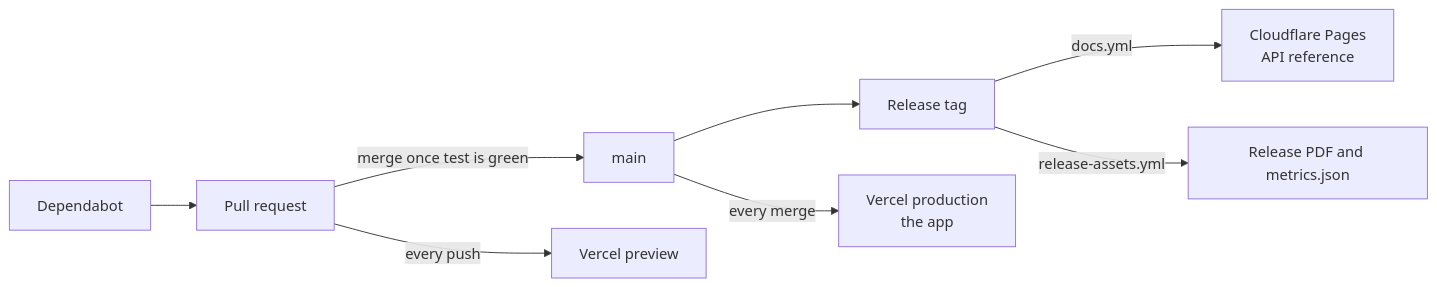
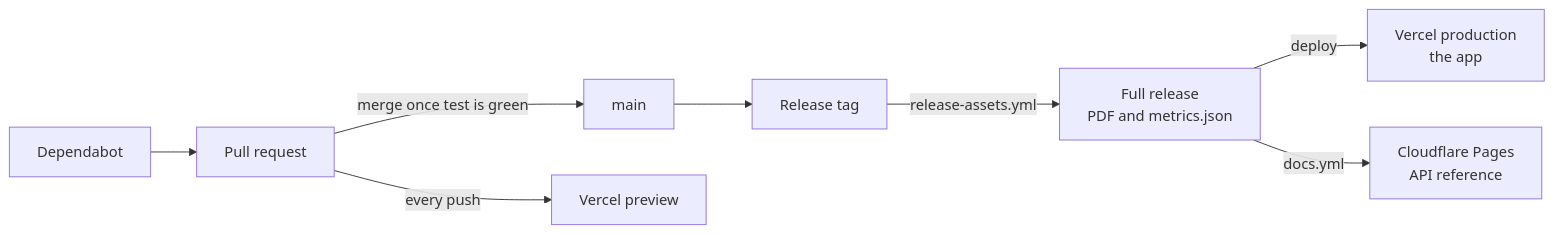
One commit to jan-ru/my-svelte-app changed the diagram in docs/workflows.md. Above: the diagram before and after it, drawn with Mermaid. The commit also changed other lines of this file and 5 other files, not shown here.

First line of the commit message:
ci: release through the shared workflow, deploy production from the release (#161)

````diff
--- a/docs/workflows.md
+++ b/docs/workflows.md
@@ -48,11 +48,11 @@
 ```mermaid
 flowchart LR
   DB[Dependabot] --> PR[Pull request]
   PR -->|merge once test is green| MAIN[main]
   MAIN --> TAG[Release tag]
 
   PR -->|every push| VP[Vercel preview]
-  MAIN -->|every merge| VPROD[Vercel production<br/>the app]
-  TAG -->|docs.yml| CF[Cloudflare Pages<br/>API reference]
-  TAG -->|release-assets.yml| RA[Release PDF and metrics.json]
+  TAG -->|release-assets.yml| REL[Full release<br/>PDF and metrics.json]
+  REL -->|deploy| VPROD[Vercel production<br/>the app]
+  REL -->|docs.yml| CF[Cloudflare Pages<br/>API reference]
 ```
````
